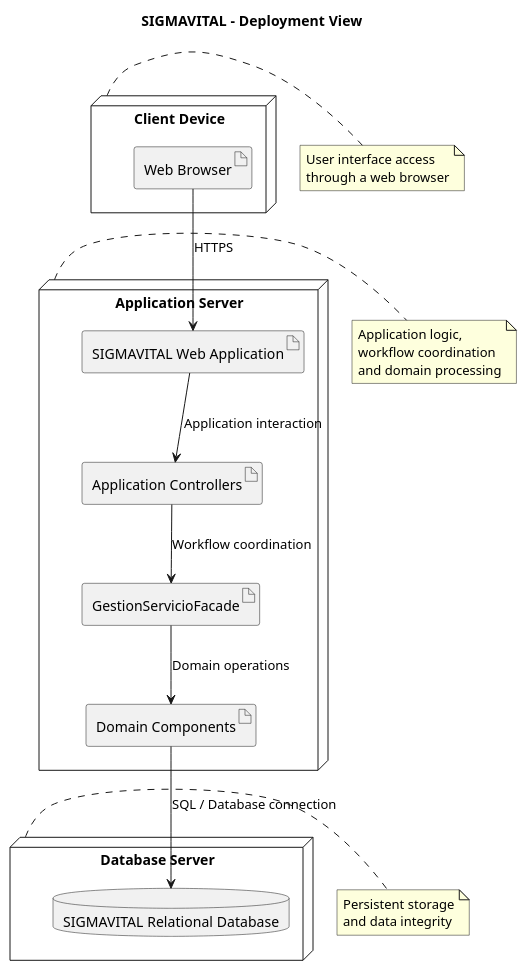
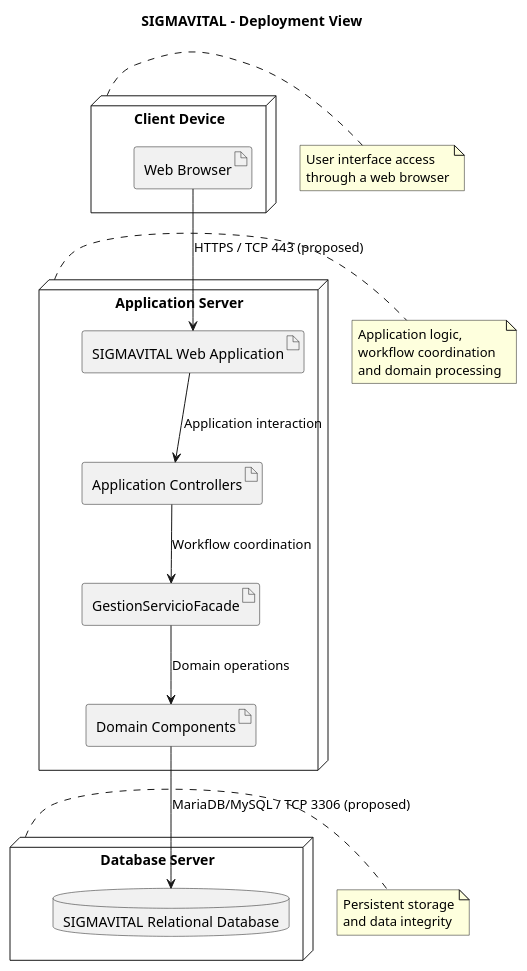
The diagram in 02-training-project/01-phase/02-planning/06-architecture/04-evidence-learning/G2-P1-arquitectura/06-despliegue/A6-Deployment-View-SIGMAVITAL.puml (miguel18100/ADSO-3413974), drawn with PlantUML before and after one commit. The commit also changed 51 other files, not shown here.

```diff
--- a/02-training-project/01-phase/02-planning/06-architecture/04-evidence-learning/G2-P1-arquitectura/06-despliegue/A6-Deployment-View-SIGMAVITAL.puml
+++ b/02-training-project/01-phase/02-planning/06-architecture/04-evidence-learning/G2-P1-arquitectura/06-despliegue/A6-Deployment-View-SIGMAVITAL.puml
@@ -1,44 +1,44 @@
 @startuml
 title SIGMAVITAL - Deployment View
 
 skinparam componentStyle rectangle
 skinparam shadowing false
 
 node "Client Device" as client {
   artifact "Web Browser" as browser
 }
 
 node "Application Server" as app {
   artifact "SIGMAVITAL Web Application" as webapp
   artifact "Application Controllers" as controllers
   artifact "GestionServicioFacade" as facade
   artifact "Domain Components" as domain
 }
 
 node "Database Server" as dbserver {
   database "SIGMAVITAL Relational Database" as database
 }
 
-browser --> webapp : HTTPS
+browser --> webapp : HTTPS / TCP 443 (proposed)
 webapp --> controllers : Application interaction
 controllers --> facade : Workflow coordination
 facade --> domain : Domain operations
-domain --> database : SQL / Database connection
+domain --> database : MariaDB/MySQL / TCP 3306 (proposed)
 
 note right of client
   User interface access
   through a web browser
 end note
 
 note right of app
   Application logic,
   workflow coordination
   and domain processing
 end note
 
 note right of dbserver
   Persistent storage
   and data integrity
 end note
 
 @enduml
```
